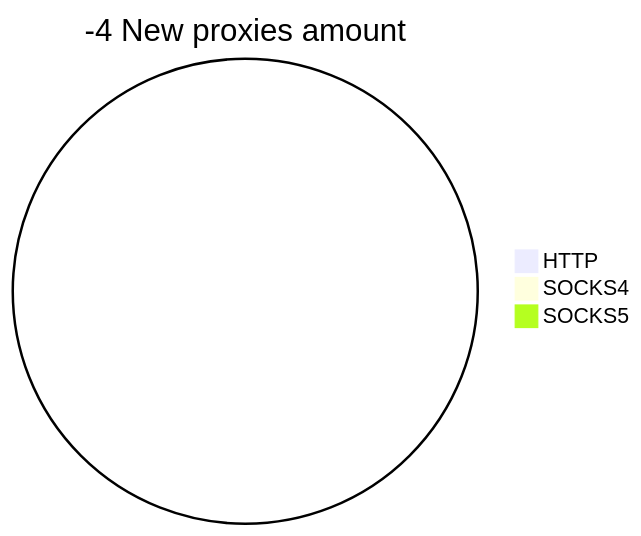
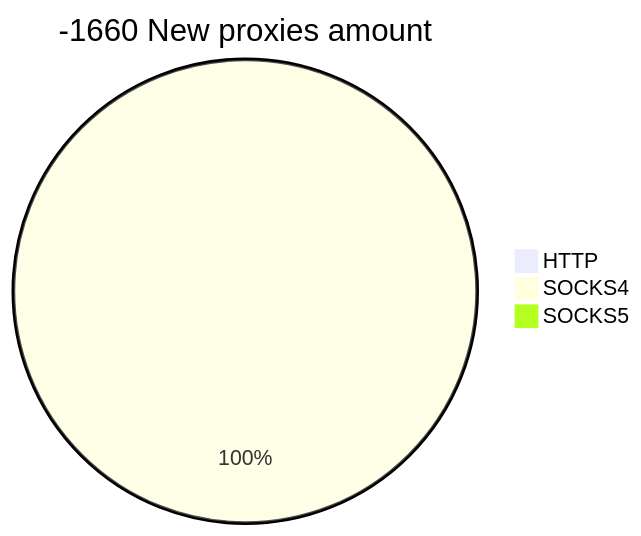
Before and after one commit to cutipu/proxylist: the second of 2 diagrams in README.md, drawn with Mermaid. The commit also changed other lines of this file, not shown here.

````diff
--- a/README.md
+++ b/README.md
@@ -10,6 +10,6 @@
 ```mermaid
-pie title -4 New proxies amount
+pie title -1660 New proxies amount
     "HTTP" : 0
-    "SOCKS4" : 0
+    "SOCKS4" : 2
     "SOCKS5" : 0
 ```
````
